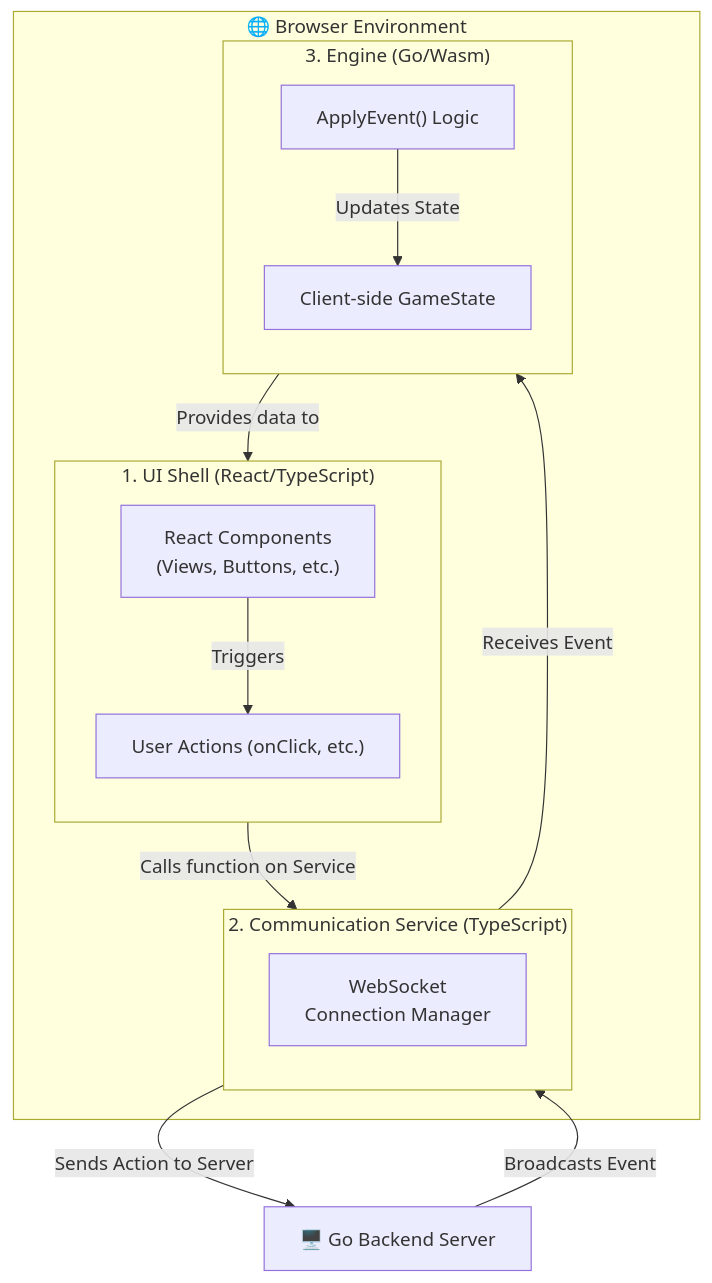
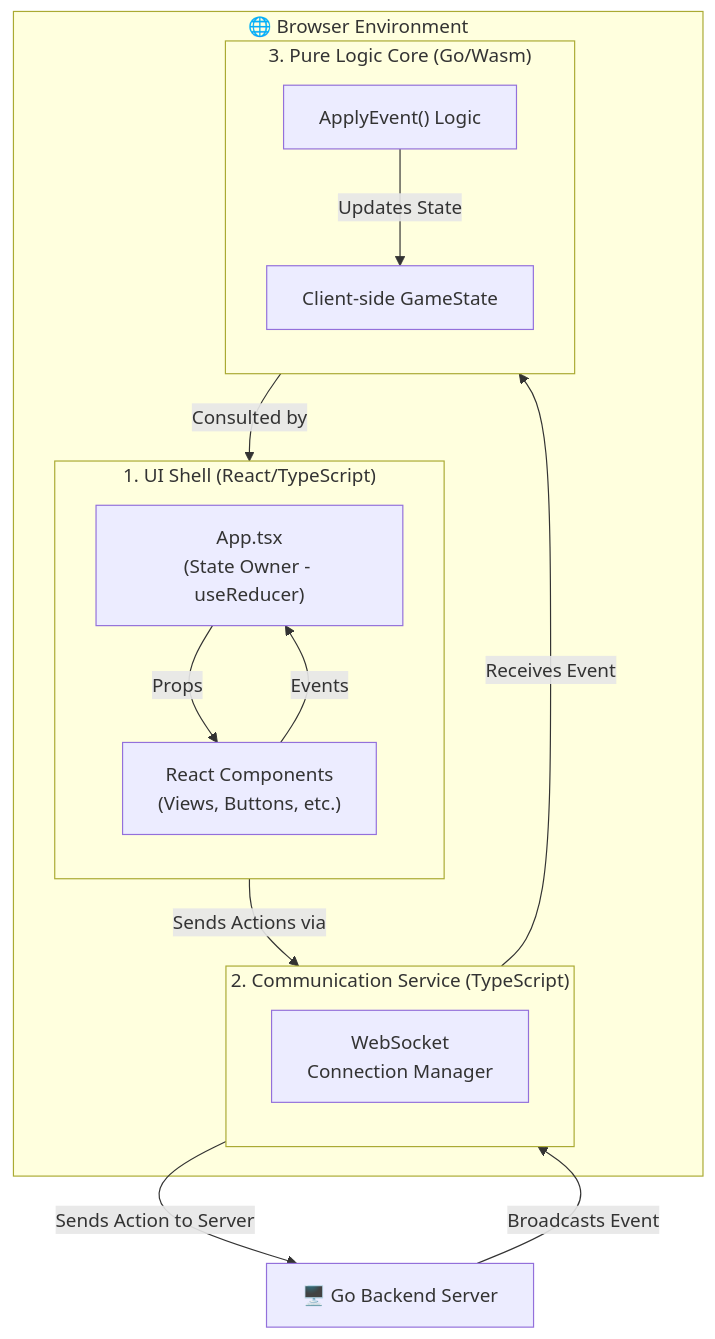
One commit to xjhc/alignment changed the diagram in client/README.md. Above: the diagram before and after it, drawn with Mermaid. The commit also changed other lines of this file and 35 other files, not shown here.

````diff
--- a/client/README.md
+++ b/client/README.md
@@ -18,30 +18,33 @@
 ```mermaid
 graph TD
     subgraph Browser["🌐 Browser Environment"]
         subgraph ReactShell["1. UI Shell (React/TypeScript)"]
             direction TB
-            Components["React Components<br/>(Views, Buttons, etc.)"] -->|Triggers| UserActions["User Actions (onClick, etc.)"]
+            AppState["App.tsx<br/>(State Owner - useReducer)"]
+            Components["React Components<br/>(Views, Buttons, etc.)"] 
+            AppState -->|Props| Components
+            Components -->|Events| AppState
         end
 
         subgraph CommsService["2. Communication Service (TypeScript)"]
             direction TB
             WebSocket["WebSocket<br/>Connection Manager"]
         end
 
-        subgraph WasmEngine["3. Engine (Go/Wasm)"]
+        subgraph WasmCore["3. Pure Logic Core (Go/Wasm)"]
             direction TB
             GameState["Client-side GameState"]
             ApplyEvent["ApplyEvent() Logic"]
         end
     end
 
     Server["🖥️ Go Backend Server"]
 
     %% Data Flow
-    UserActions -- "Calls function on Service" --> WebSocket
+    AppState -- "Sends Actions via" --> WebSocket
     WebSocket -- "Sends Action to Server" --> Server
     Server -- "Broadcasts Event" --> WebSocket
     WebSocket -- "Receives Event" --> ApplyEvent
     ApplyEvent -- "Updates State" --> GameState
-    GameState -- "Provides data to" --> Components
+    GameState -- "Consulted by" --> AppState
 ```
````
